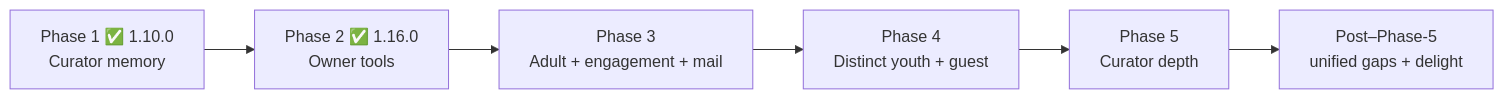
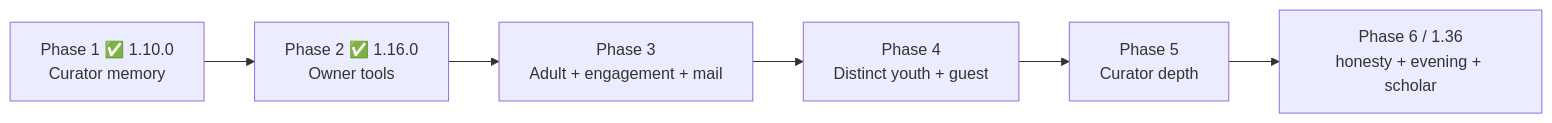
One commit to romwil/projectionist changed the diagram in docs/DELIGHT-WISHLIST.md. Above: the diagram before and after it, drawn with Mermaid. The commit also changed other lines of this file and 6 other files, not shown here.

````diff
--- a/docs/DELIGHT-WISHLIST.md
+++ b/docs/DELIGHT-WISHLIST.md
@@ -30,8 +30,8 @@
 ```mermaid
 flowchart LR
   P1["Phase 1 ✅ 1.10.0<br/>Curator memory"] --> P2["Phase 2 ✅ 1.16.0<br/>Owner tools"]
   P2 --> P3["Phase 3<br/>Adult + engagement + mail"]
   P3 --> P4["Phase 4<br/>Distinct youth + guest"]
   P4 --> P5["Phase 5<br/>Curator depth"]
-  P5 --> Next["Post–Phase-5<br/>unified gaps + delight"]
+  P5 --> P6["Phase 6 / 1.36<br/>honesty + evening + scholar"]
 ```
````
